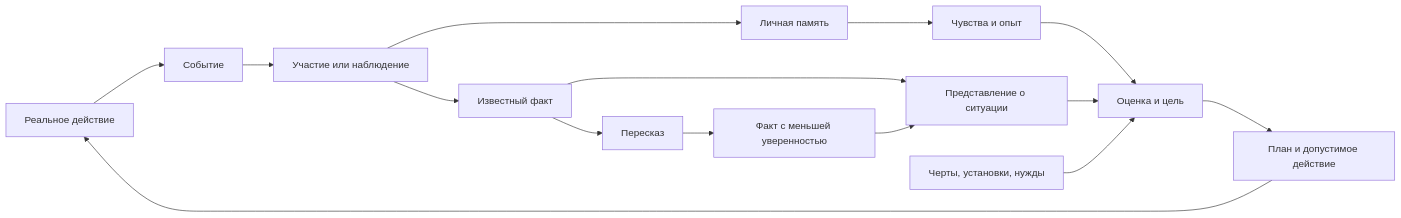
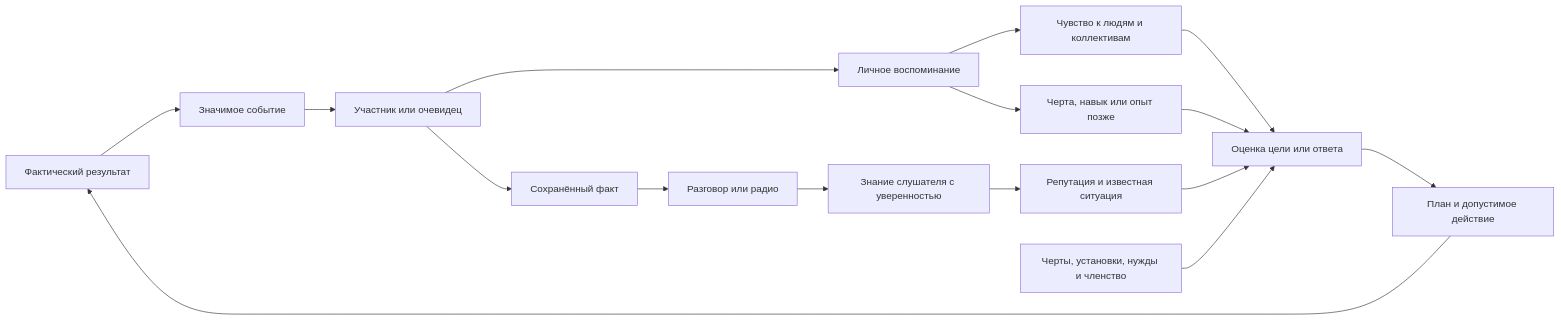
The diagram in docs/npc-social-systems.md (Qew7/Rogue-Survivor-Expanded), drawn with Mermaid before and after one commit. The commit also changed other lines of this file and 1 other file, not shown here.

Commit message:
Document NPC social system architecture

````diff
--- a/docs/npc-social-systems.md
+++ b/docs/npc-social-systems.md
@@ -155,17 +405,18 @@
 ```mermaid
 flowchart LR
-    A[Реальное действие] --> B[Событие]
-    B --> C[Участие или наблюдение]
-    C --> D[Личная память]
-    C --> E[Известный факт]
-    E --> F[Пересказ]
-    F --> G[Факт с меньшей уверенностью]
-    D --> H[Чувства и опыт]
-    E --> I[Представление о ситуации]
-    G --> I
-    H --> J[Оценка и цель]
-    I --> J
-    K[Черты, установки, нужды] --> J
-    J --> L[План и допустимое действие]
-    L --> A
+    A[Фактический результат] --> B[Значимое событие]
+    B --> C[Участник или очевидец]
+    C --> D[Личное воспоминание]
+    D --> E[Чувство к людям и коллективам]
+    D --> F[Черта, навык или опыт позже]
+    C --> G[Сохранённый факт]
+    G --> H[Разговор или радио]
+    H --> I[Знание слушателя с уверенностью]
+    I --> J[Репутация и известная ситуация]
+    E --> K[Оценка цели или ответа]
+    F --> K
+    J --> K
+    L[Черты, установки, нужды и членство] --> K
+    K --> M[План и допустимое действие]
+    M --> A
 ```
````
